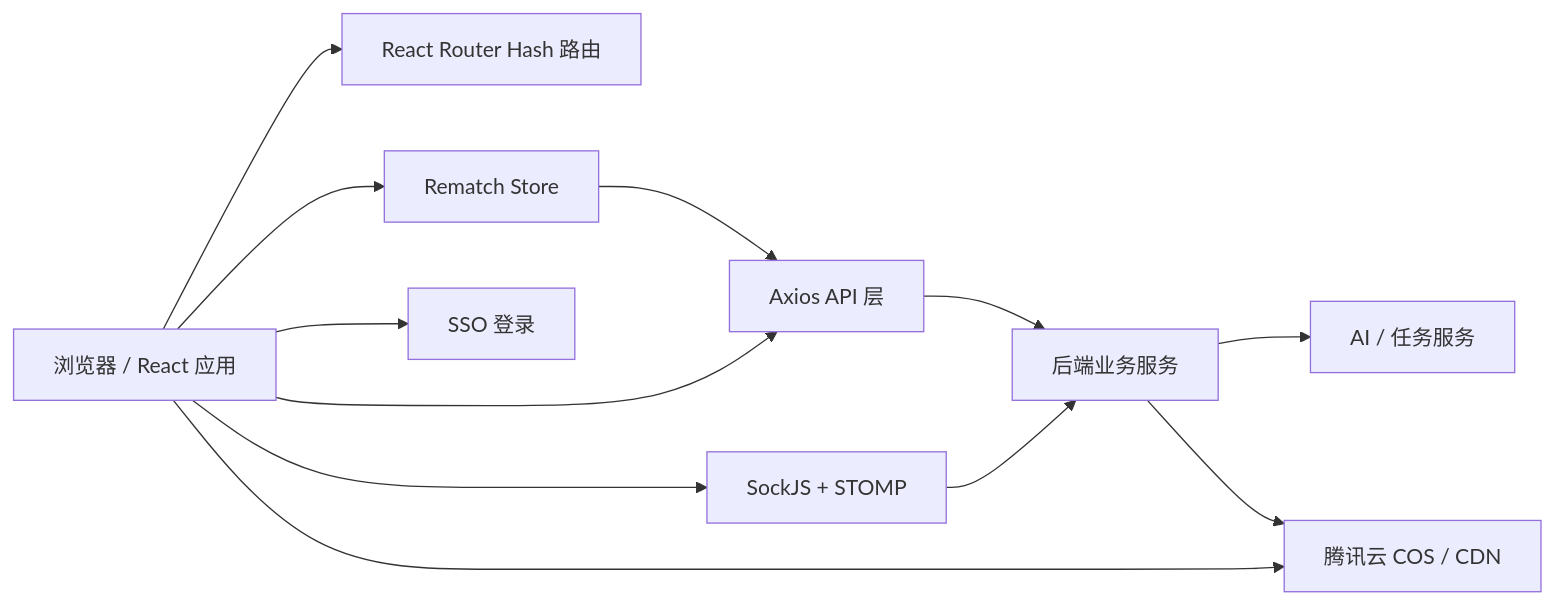
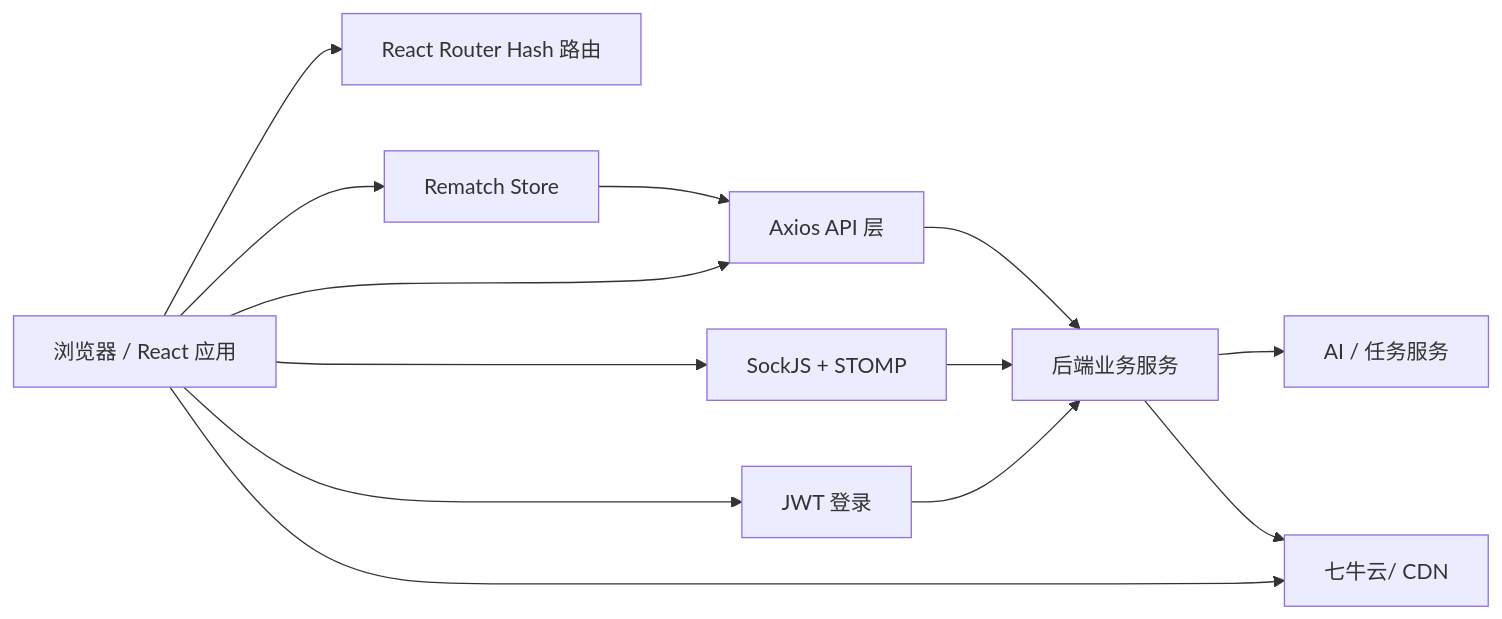
Before and after one commit to Anna0314zy/ai-video: the first of 2 diagrams in docs/02-architecture.md, drawn with Mermaid. The commit also changed other lines of this file and 281 other files, not shown here.

````diff
--- a/docs/02-architecture.md
+++ b/docs/02-architecture.md
@@ -5,24 +5,25 @@
 ```mermaid
 flowchart LR
   Browser["浏览器 / React 应用"]
   Router["React Router Hash 路由"]
   Store["Rematch Store"]
   Api["Axios API 层"]
   Socket["SockJS + STOMP"]
   Backend["后端业务服务"]
   AI["AI / 任务服务"]
-  COS["腾讯云 COS / CDN"]
-  SSO["SSO 登录"]
+ 七牛云["七牛云/ CDN"]
+  Auth["JWT 登录"]
 
   Browser --> Router
   Browser --> Store
   Store --> Api
   Browser --> Api
   Browser --> Socket
   Api --> Backend
   Socket --> Backend
   Backend --> AI
-  Backend --> COS
-  Browser --> COS
-  Browser --> SSO
+  Backend -->七牛云
+  Browser -->七牛云
+  Browser --> Auth
+  Auth --> Backend
 ```
````
